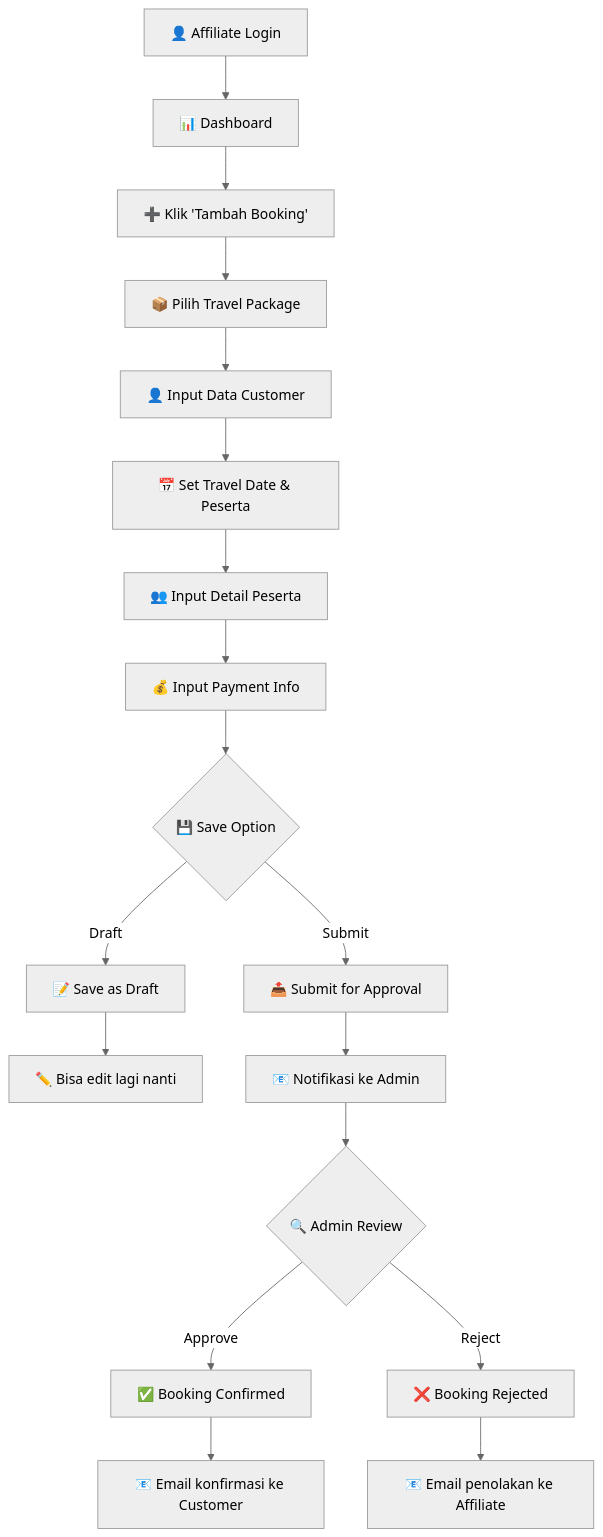
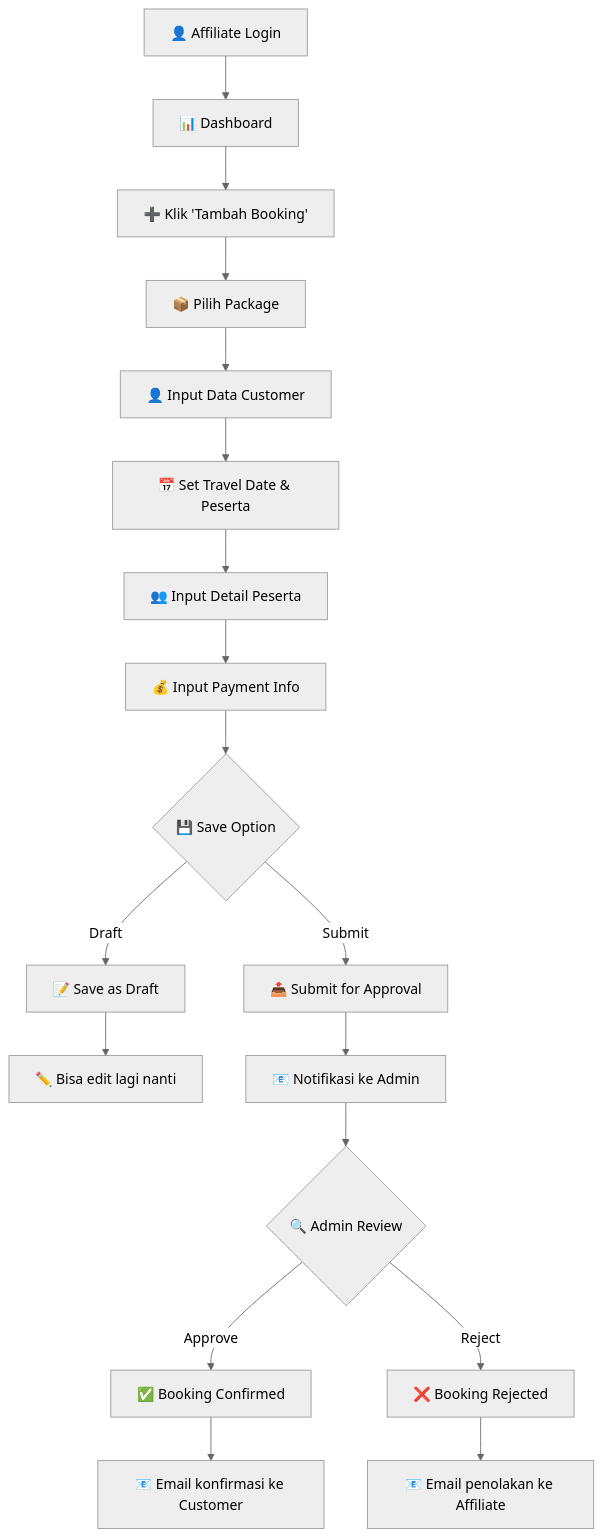
The second of 12 diagrams in WORKFLOW_DIAGRAMS.md (otnasusdwi/jjb), drawn with Mermaid (neutral theme) before and after one commit. The commit also changed 24 other files, not shown here.

````diff
--- a/WORKFLOW_DIAGRAMS.md
+++ b/WORKFLOW_DIAGRAMS.md
@@ -24,20 +24,20 @@
 ```mermaid
 graph TD
     A[👤 Affiliate Login] --> B[📊 Dashboard]
     B --> C[➕ Klik 'Tambah Booking']
-    C --> D[📦 Pilih Travel Package]
+    C --> D[📦 Pilih Package]
     D --> E[👤 Input Data Customer]
     E --> F[📅 Set Travel Date & Peserta]
     F --> G[👥 Input Detail Peserta]
     G --> H[💰 Input Payment Info]
     H --> I{💾 Save Option}
     I -->|Draft| J[📝 Save as Draft]
     I -->|Submit| K[📤 Submit for Approval]
     J --> L[✏️ Bisa edit lagi nanti]
     K --> M[📧 Notifikasi ke Admin]
     M --> N{🔍 Admin Review}
     N -->|Approve| O[✅ Booking Confirmed]
     N -->|Reject| P[❌ Booking Rejected]
     O --> Q[📧 Email konfirmasi ke Customer]
     P --> R[📧 Email penolakan ke Affiliate]
 ```
````
